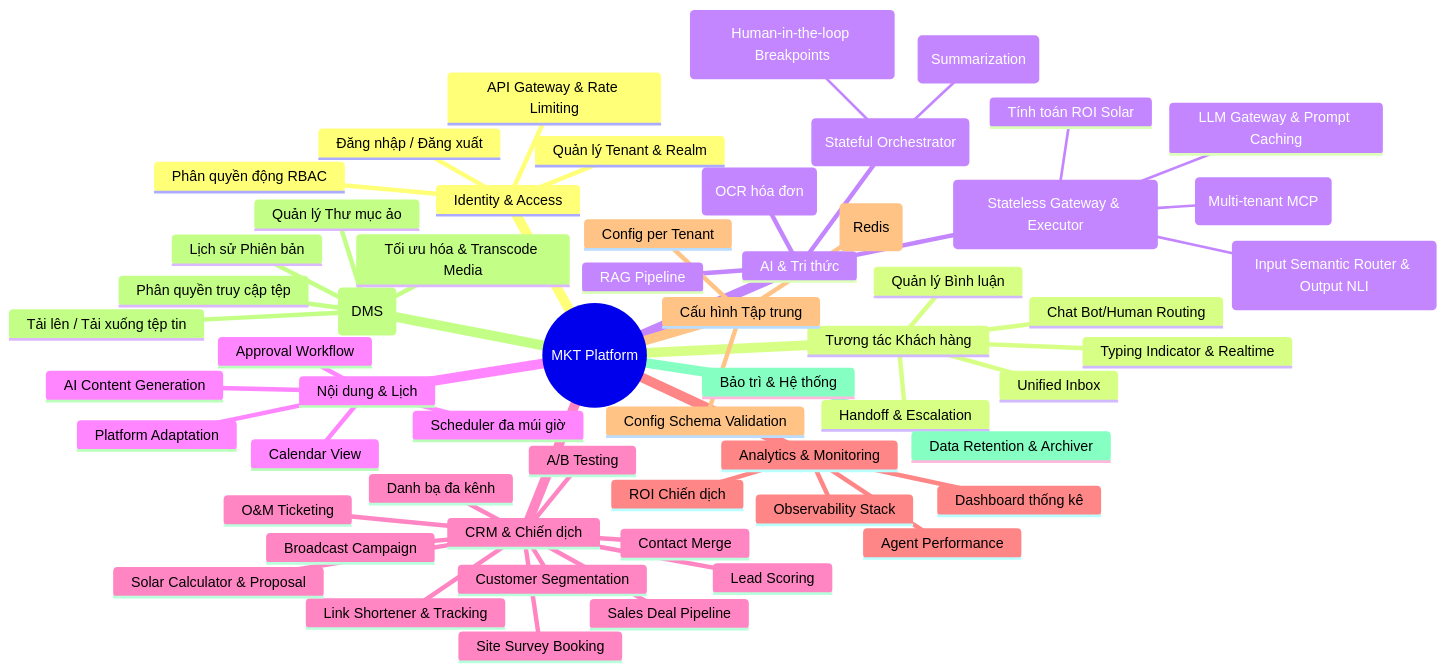
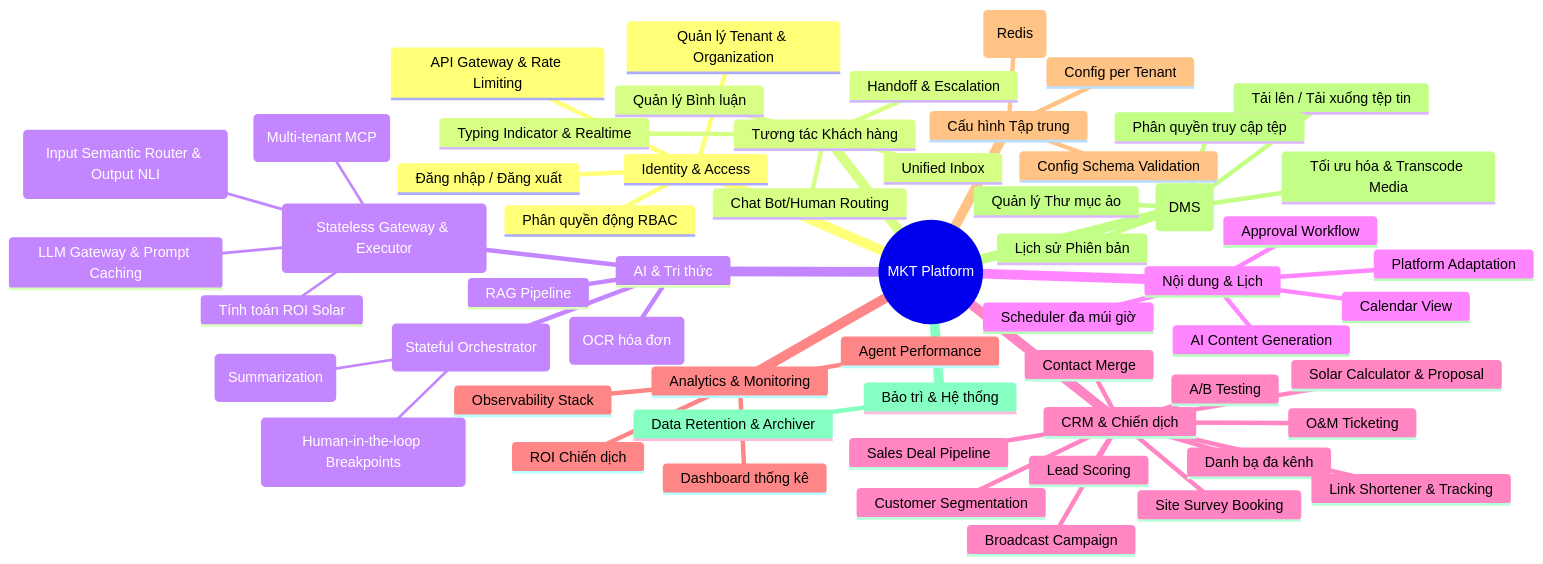
Before and after one commit to hugg4u/solavie-platform: the second of 2 diagrams in docs/SRS/02_Overall_Description.md, drawn with Mermaid. The commit also changed other lines of this file and 19 other files, not shown here.

````diff
--- a/docs/SRS/02_Overall_Description.md
+++ b/docs/SRS/02_Overall_Description.md
@@ -78,61 +77,61 @@
 ```mermaid
 mindmap
   root((MKT Platform))
     Identity & Access
       Đăng nhập / Đăng xuất
-      Quản lý Tenant & Realm
+      Quản lý Tenant & Organization
       Phân quyền động RBAC
       API Gateway & Rate Limiting
     Tương tác Khách hàng
       Unified Inbox
       Chat Bot/Human Routing
       Handoff & Escalation
       Typing Indicator & Realtime
       Quản lý Bình luận
     AI & Tri thức
       Chatbot LangGraph (Stateful Orchestrator)
         Tóm tắt & Trim tin nhắn tự động (Summarization)
         Duyệt hành động bởi con người (Human-in-the-loop Breakpoints)
       AI Core (Stateless Gateway & Executor)
         LLM Gateway & Prompt Caching
         Rào chắn an toàn kép (Input Semantic Router & Output NLI)
         Cổng MCP Host Gateway đa tenant (Multi-tenant MCP)
         Tính toán ROI Solar
       RAG Pipeline
       AI Vision (OCR hóa đơn)
     Nội dung & Lịch
       AI Content Generation
       Platform Adaptation
       Approval Workflow
       Scheduler đa múi giờ
       Calendar View
     CRM & Chiến dịch
       Danh bạ đa kênh
       Contact Merge
       Lead Scoring
       Customer Segmentation
       Broadcast Campaign
       A/B Testing
       Link Shortener & Tracking
       Sales Deal Pipeline
       Site Survey Booking
       O&M Ticketing
       Solar Calculator & Proposal
     Analytics & Monitoring
       Dashboard thống kê
       Agent Performance
       ROI Chiến dịch
       Observability Stack
     Cấu hình Tập trung
       Config per Tenant
       Hot Reload (Redis)
       Config Schema Validation
     Document Management (DMS)
       Tải lên / Tải xuống tệp tin
       Quản lý Thư mục ảo
       Lịch sử Phiên bản
       Phân quyền truy cập tệp
       Tối ưu hóa & Transcode Media
     Bảo trì & Hệ thống
       Data Retention & Archiver
 ```
````
